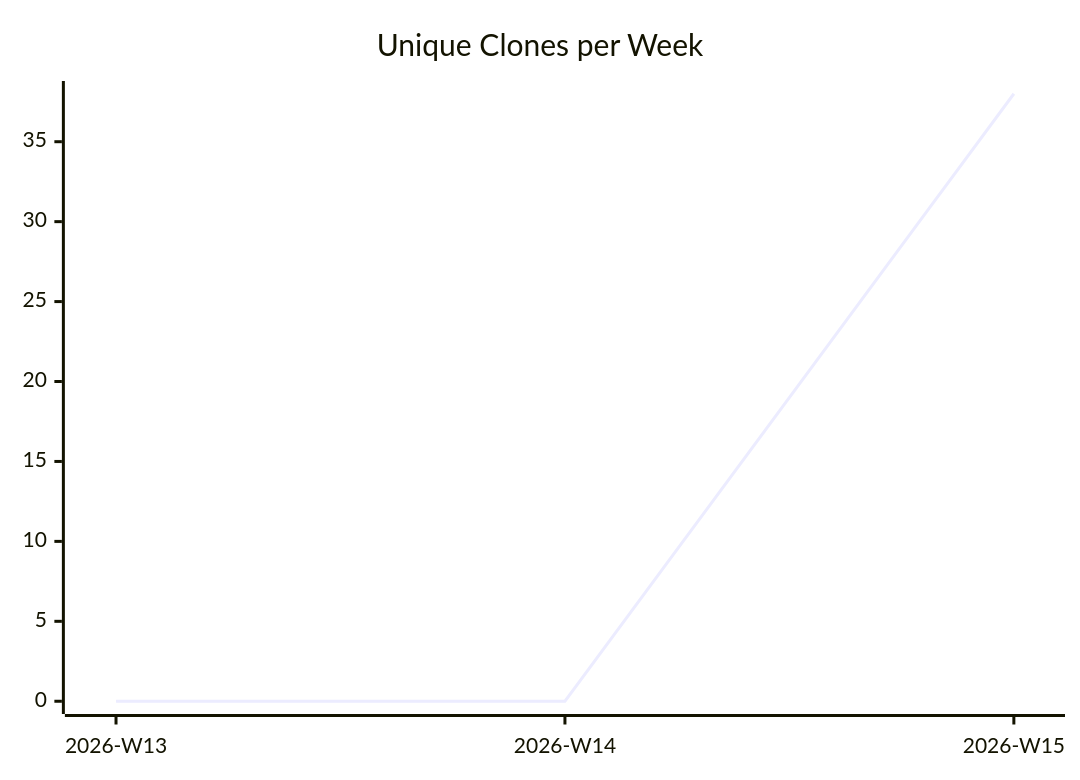
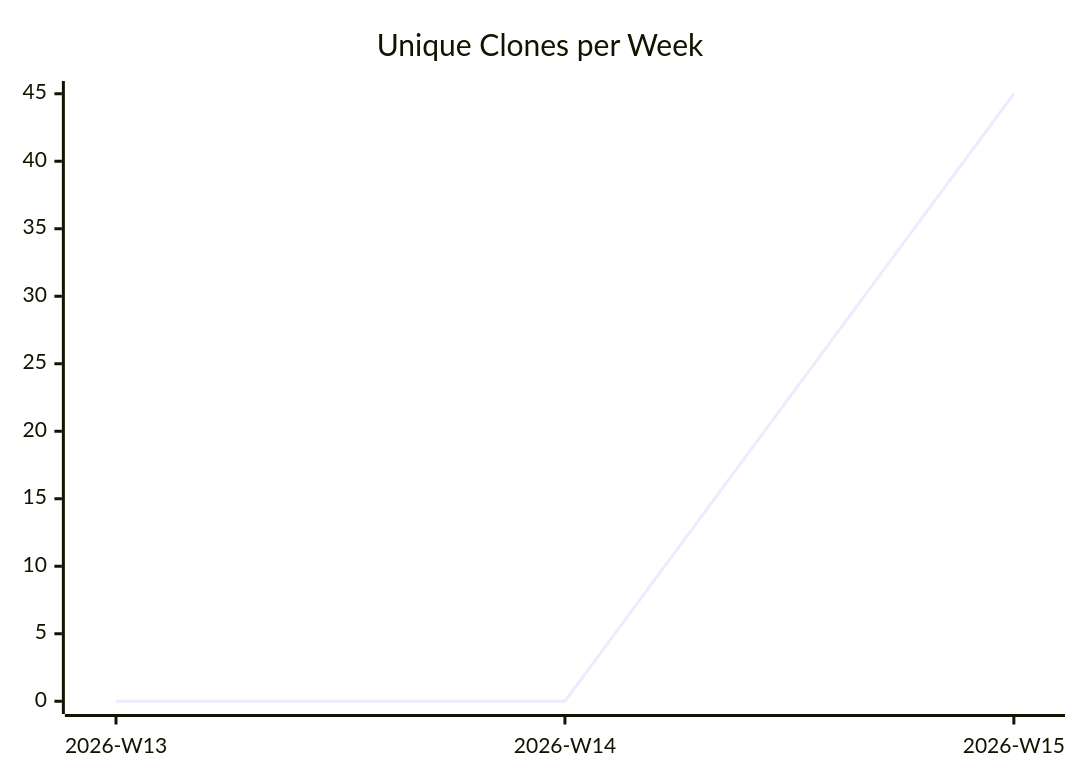
Before and after one commit to justdavis-family/github-analytics-data: the third of 3 diagrams in justdavis-family/github-analytics-data/README.md, drawn with Mermaid. The commit also changed other lines of this file and 157 other files, not shown here.

````diff
--- a/justdavis-family/github-analytics-data/README.md
+++ b/justdavis-family/github-analytics-data/README.md
@@ -19,6 +19,6 @@
 ```mermaid
 xychart-beta
   title "Unique Clones per Week"
   x-axis ["2026-W13", "2026-W14", "2026-W15"]
-  line [0, 0, 38]
+  line [0, 0, 45]
 ```
````
